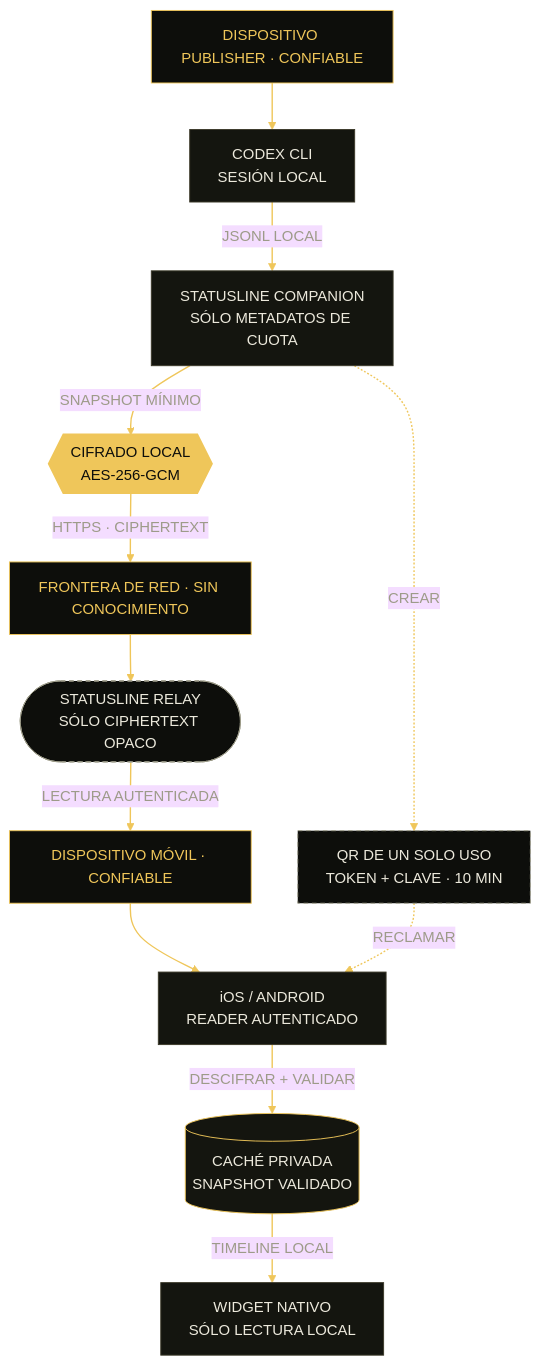
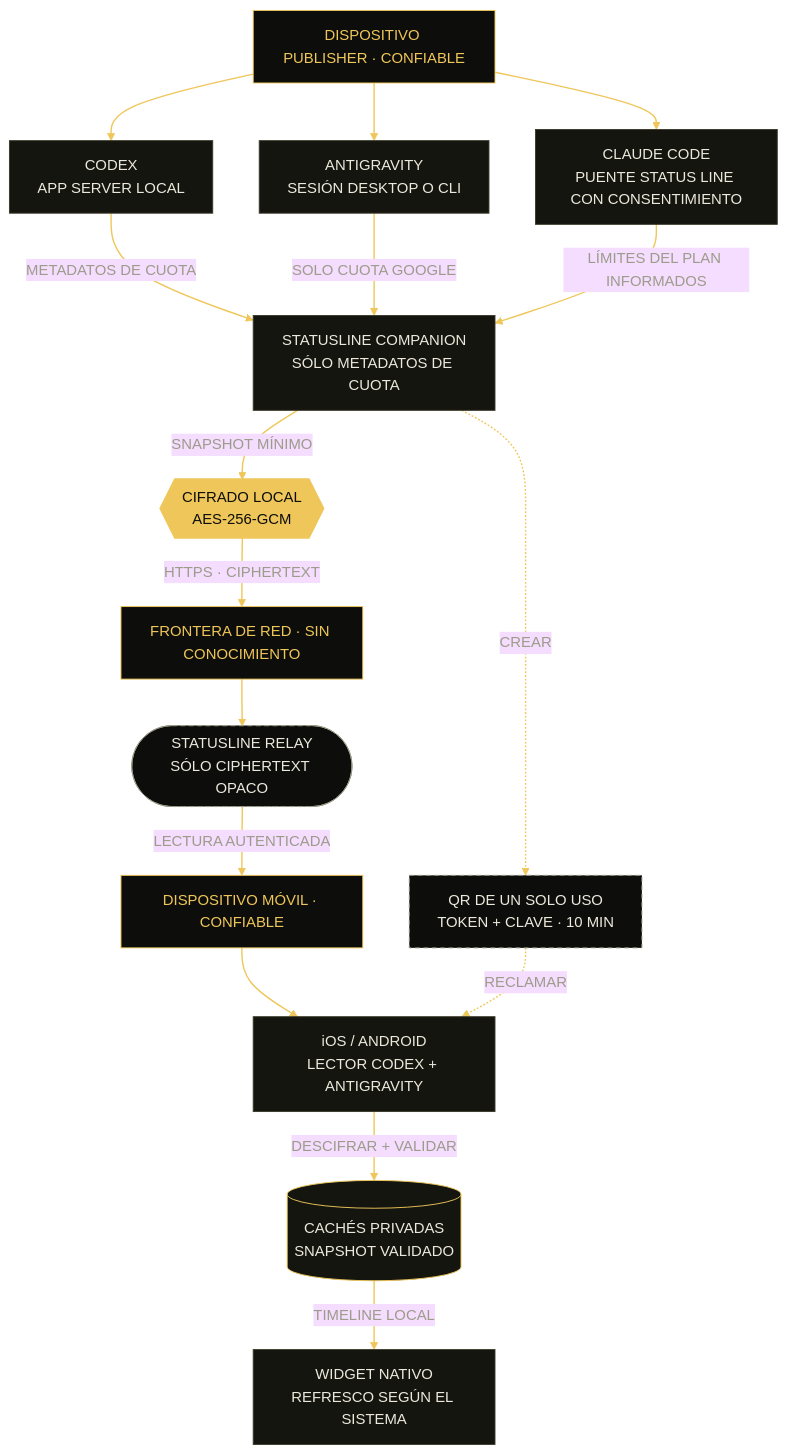
Before and after one commit to arvivares/statusline: the diagram in README.es.md, drawn with Mermaid (base theme). The commit also changed other lines of this file and 18 other files, not shown here.

Commit message:
feat(web): present Codex, Antigravity and Claude Code support

````diff
--- a/README.es.md
+++ b/README.es.md
@@ -147,39 +191,45 @@
 ```mermaid
 flowchart TB
     publisher["DISPOSITIVO PUBLISHER · CONFIABLE"]
-    codex["CODEX CLI<br/>SESIÓN LOCAL"]
+    codex["CODEX<br/>APP SERVER LOCAL"]
+    agy["ANTIGRAVITY<br/>SESIÓN DESKTOP O CLI"]
+    claude["CLAUDE CODE<br/>PUENTE STATUS LINE CON CONSENTIMIENTO"]
     companion["STATUSLINE COMPANION<br/>SÓLO METADATOS DE CUOTA"]
     crypto{{"CIFRADO LOCAL<br/>AES-256-GCM"}}
     transport["FRONTERA DE RED · SIN CONOCIMIENTO"]
     relay(["STATUSLINE RELAY<br/>SÓLO CIPHERTEXT OPACO"])
     reader["DISPOSITIVO MÓVIL · CONFIABLE"]
-    mobile["iOS / ANDROID<br/>READER AUTENTICADO"]
-    cache[("CACHÉ PRIVADA<br/>SNAPSHOT VALIDADO")]
-    widget["WIDGET NATIVO<br/>SÓLO LECTURA LOCAL"]
+    mobile["iOS / ANDROID<br/>LECTOR CODEX + ANTIGRAVITY"]
+    cache[("CACHÉS PRIVADAS<br/>SNAPSHOT VALIDADO")]
+    widget["WIDGET NATIVO<br/>REFRESCO SEGÚN EL SISTEMA"]
     pairing["QR DE UN SOLO USO<br/>TOKEN + CLAVE · 10 MIN"]
 
     publisher --> codex
-    codex -->|"JSONL LOCAL"| companion
+    publisher --> agy
+    publisher --> claude
+    codex -->|"METADATOS DE CUOTA"| companion
+    agy -->|"SOLO CUOTA GOOGLE"| companion
+    claude -->|"LÍMITES DEL PLAN INFORMADOS"| companion
     companion -->|"SNAPSHOT MÍNIMO"| crypto
     crypto -->|"HTTPS · CIPHERTEXT"| transport
     transport --> relay
     relay -->|"LECTURA AUTENTICADA"| reader
     reader --> mobile
     mobile -->|"DESCIFRAR + VALIDAR"| cache
     cache -->|"TIMELINE LOCAL"| widget
     companion -.->|"CREAR"| pairing
     pairing -.->|"RECLAMAR"| mobile
 
     classDef boundary fill:#0D0E0B,stroke:#EFC65A,color:#EFC65A,stroke-width:1px
     classDef panel fill:#14150F,stroke:#3B3929,color:#ECE9DC,stroke-width:1px
     classDef signal fill:#EFC65A,stroke:#EFC65A,color:#0D0E0B,stroke-width:2px
     classDef gateway fill:#0D0E0B,stroke:#9D9B89,color:#ECE9DC,stroke-width:1px,stroke-dasharray:5 4
     classDef storage fill:#14150F,stroke:#EFC65A,color:#ECE9DC,stroke-width:1px
 
     class publisher,transport,reader boundary
-    class codex,companion,mobile,widget panel
+    class codex,agy,claude,companion,mobile,widget panel
     class crypto signal
     class relay,pairing gateway
     class cache storage
     linkStyle default stroke:#EFC65A,color:#9D9B89,stroke-width:1.5px
 ```
````
